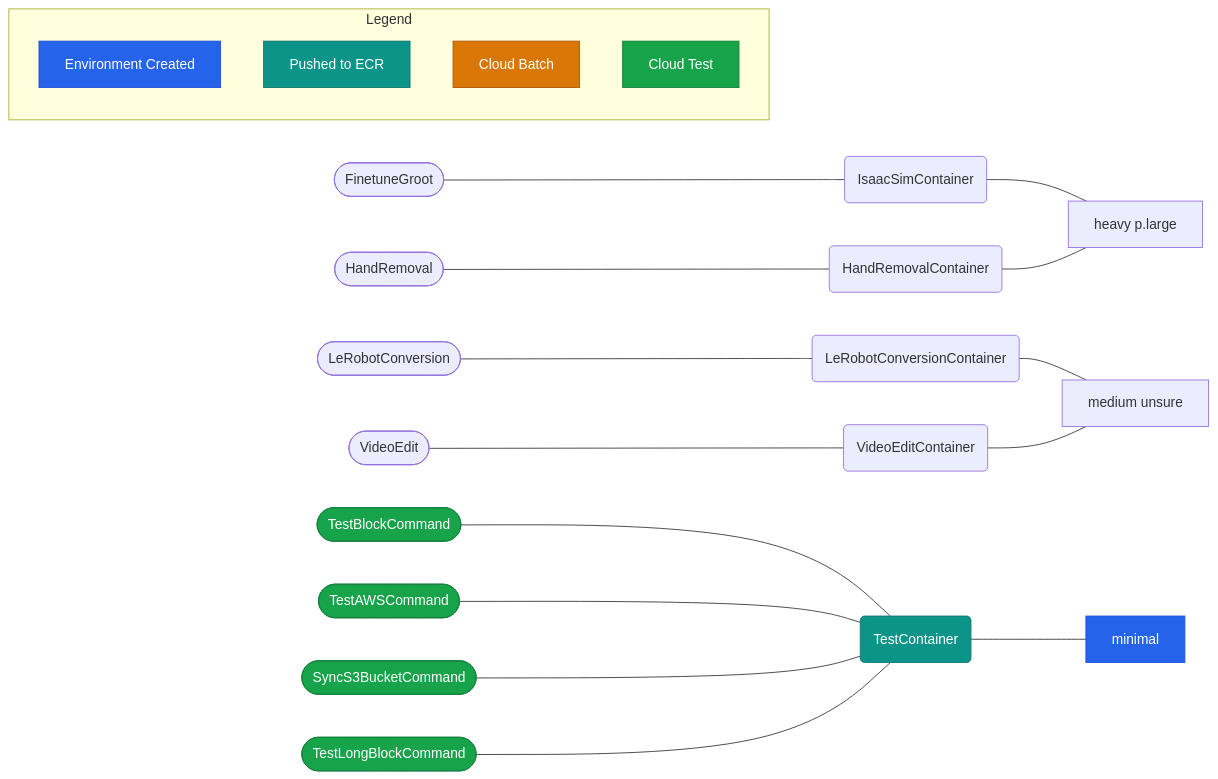
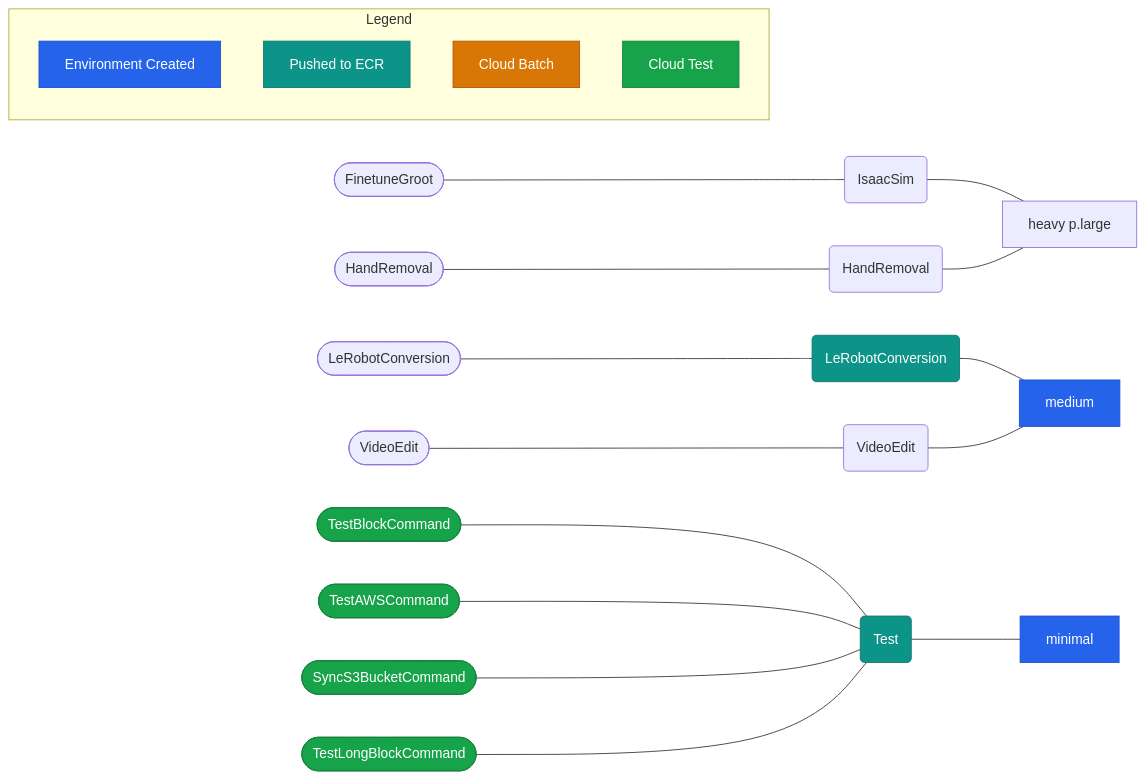
The diagram in README.md (ogoudey/WorkflowContainers), drawn with Mermaid before and after one commit. The commit also changed 3 other files, not shown here.

````diff
--- a/README.md
+++ b/README.md
@@ -2,38 +2,40 @@
 ```mermaid
 graph LR
-    A([FinetuneGroot]) --- B(IsaacSimContainer)--- C[heavy p.large]
-    D([HandRemoval]) --- E(HandRemovalContainer) --- C
-    F([LeRobotConversion]) --- G(LeRobotConversionContainer) --- H[medium unsure]
-    I([VideoEdit]) --- J(VideoEditContainer) --- H
-    X([TestBlockCommand]) --- Y(TestContainer) --- Z[minimal]
+    A([FinetuneGroot]) --- B(IsaacSim)--- C[heavy p.large]
+    D([HandRemoval]) --- E(HandRemoval) --- C
+    F([LeRobotConversion]) --- G(LeRobotConversion) --- H[medium]
+    I([VideoEdit]) --- J(VideoEdit) --- H
+    X([TestBlockCommand]) --- Y(Test) --- Z[minimal]
     X1([TestAWSCommand]) --- Y
     X2([SyncS3BucketCommand]) --- Y
     X3([TestLongBlockCommand]) --- Y
 
     %% Legend
     subgraph Legend
         L1[Environment Created]
         L2[Pushed to ECR]
         L3[Cloud Batch]
         L4[Cloud Test]
     end
 
 %% Define Color Schemes for Statuses
 classDef environmentCreated fill:#2563eb,stroke:#1d4ed8,color:#fff
 classDef pushedToECR fill:#0d9488,stroke:#0f766e,color:#fff
 classDef cloudBatch fill:#d97706,stroke:#b45309,color:#fff
 classDef cloudTest fill:#16a34a,stroke:#15803d,color:#fff
 
 class Z environmentCreated
+class H environmentCreated
 class Y pushedToECR
+class G pushedToECR
 
 class X cloudTest
 class X1 cloudTest
 class X2 cloudTest
 class X3 cloudTest
 
 class L1 environmentCreated
 class L2 pushedToECR
 class L3 cloudBatch
 class L4 cloudTest
 ```
````
